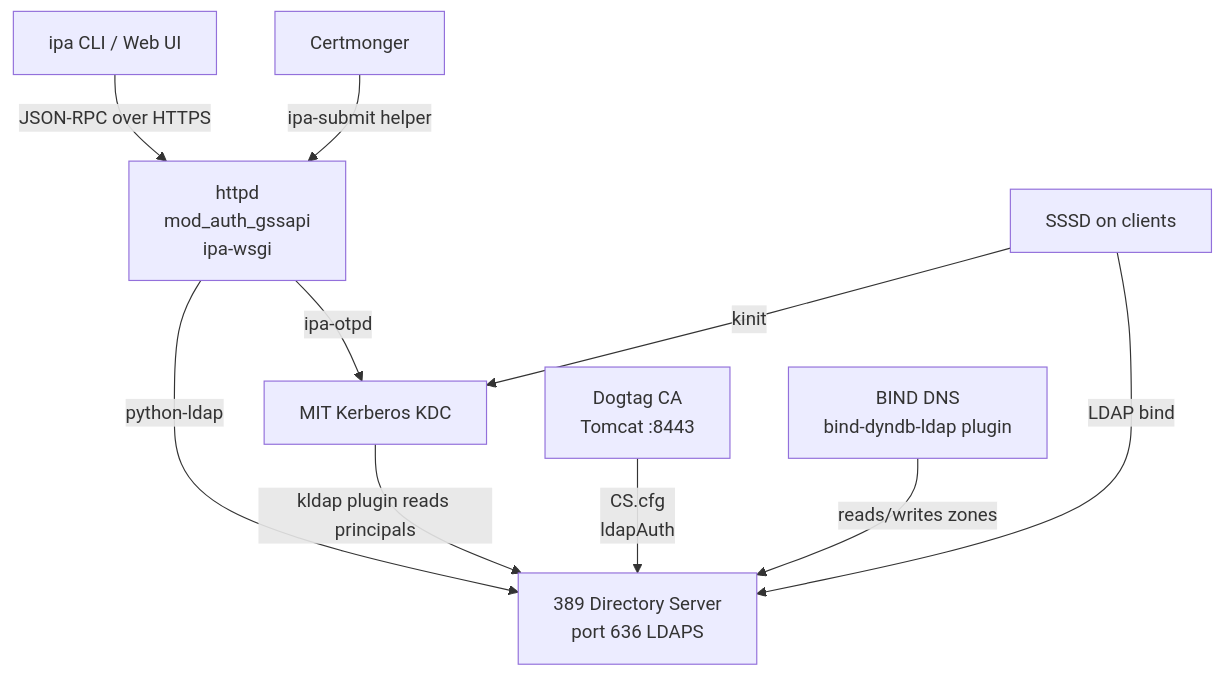
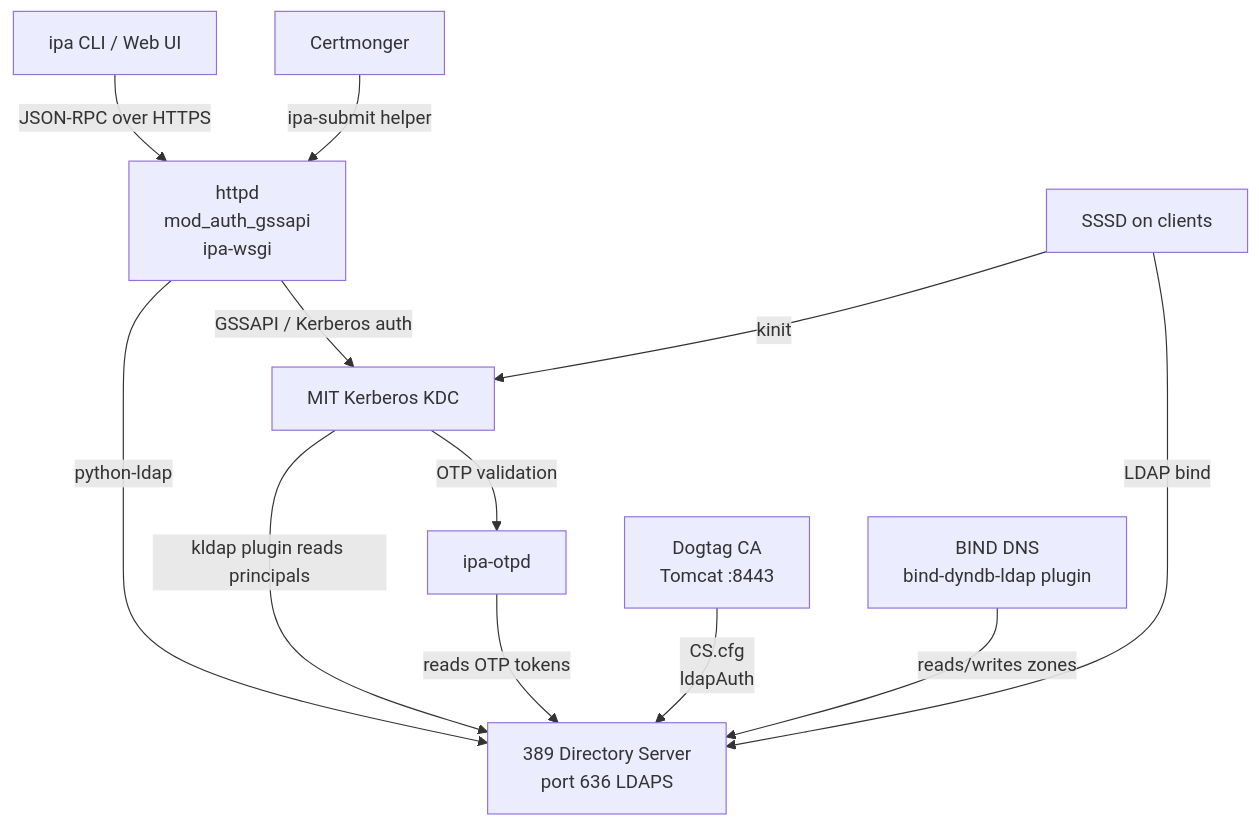
The second of 9 diagrams in 01_architecture.md (UncleJS/course_FreeIPA), drawn with Mermaid before and after one commit. The commit also changed other lines of this file and 24 other files, not shown here.

````diff
--- a/01_architecture.md
+++ b/01_architecture.md
@@ -124,12 +124,14 @@
 ```mermaid
 graph TD
-    A[ipa CLI / Web UI] -->|JSON-RPC over HTTPS| B[httpd\nmod_auth_gssapi\nipa-wsgi]
-    B -->|python-ldap| C[389 Directory Server\nport 636 LDAPS]
-    B -->|ipa-otpd| D[MIT Kerberos KDC]
+    A[ipa CLI / Web UI] -->|JSON-RPC over HTTPS| B["httpd<br/>mod_auth_gssapi<br/>ipa-wsgi"]
+    B -->|python-ldap| C["389 Directory Server<br/>port 636 LDAPS"]
+    B -->|"GSSAPI / Kerberos auth"| D[MIT Kerberos KDC]
     D -->|kldap plugin reads principals| C
-    E[Dogtag CA\nTomcat :8443] -->|CS.cfg\nldapAuth| C
-    F[BIND DNS\nbind-dyndb-ldap plugin] -->|reads/writes zones| C
+    D -->|"OTP validation"| I[ipa-otpd]
+    I -->|reads OTP tokens| C
+    E["Dogtag CA<br/>Tomcat :8443"] -->|"CS.cfg<br/>ldapAuth"| C
+    F["BIND DNS<br/>bind-dyndb-ldap plugin"] -->|reads/writes zones| C
     G[Certmonger] -->|ipa-submit helper| B
     H[SSSD on clients] -->|LDAP bind| C
     H -->|kinit| D
 ```
````
